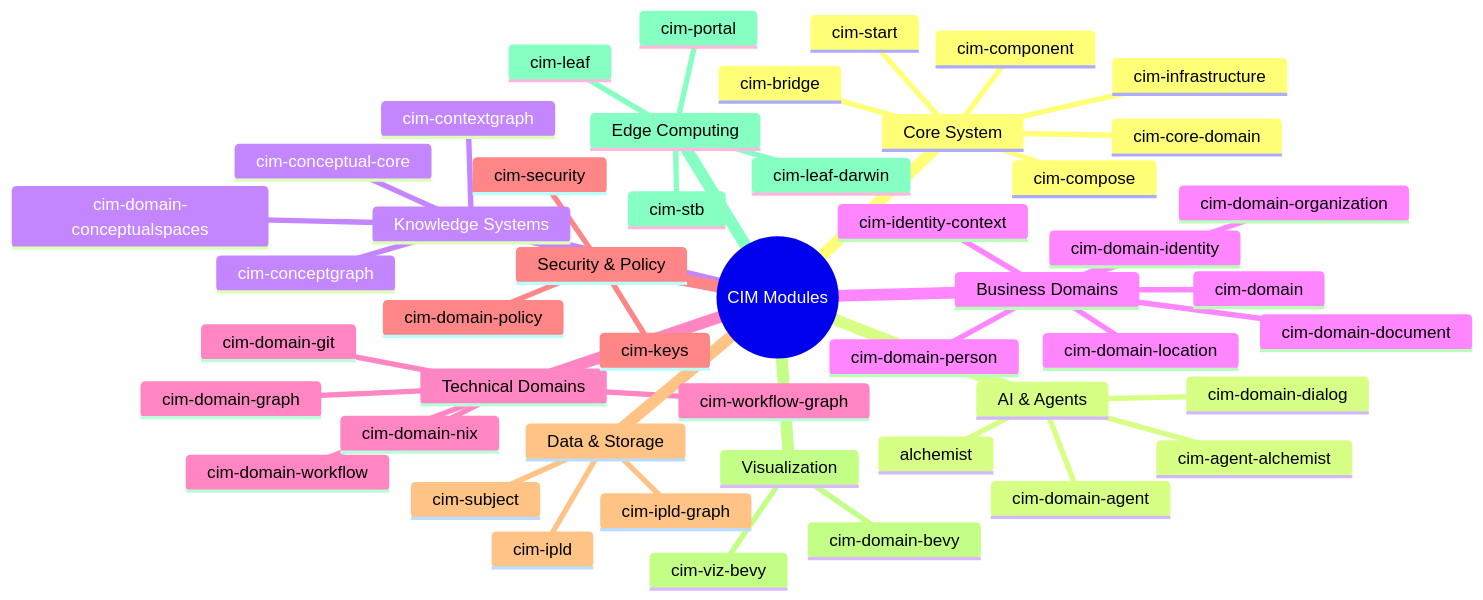
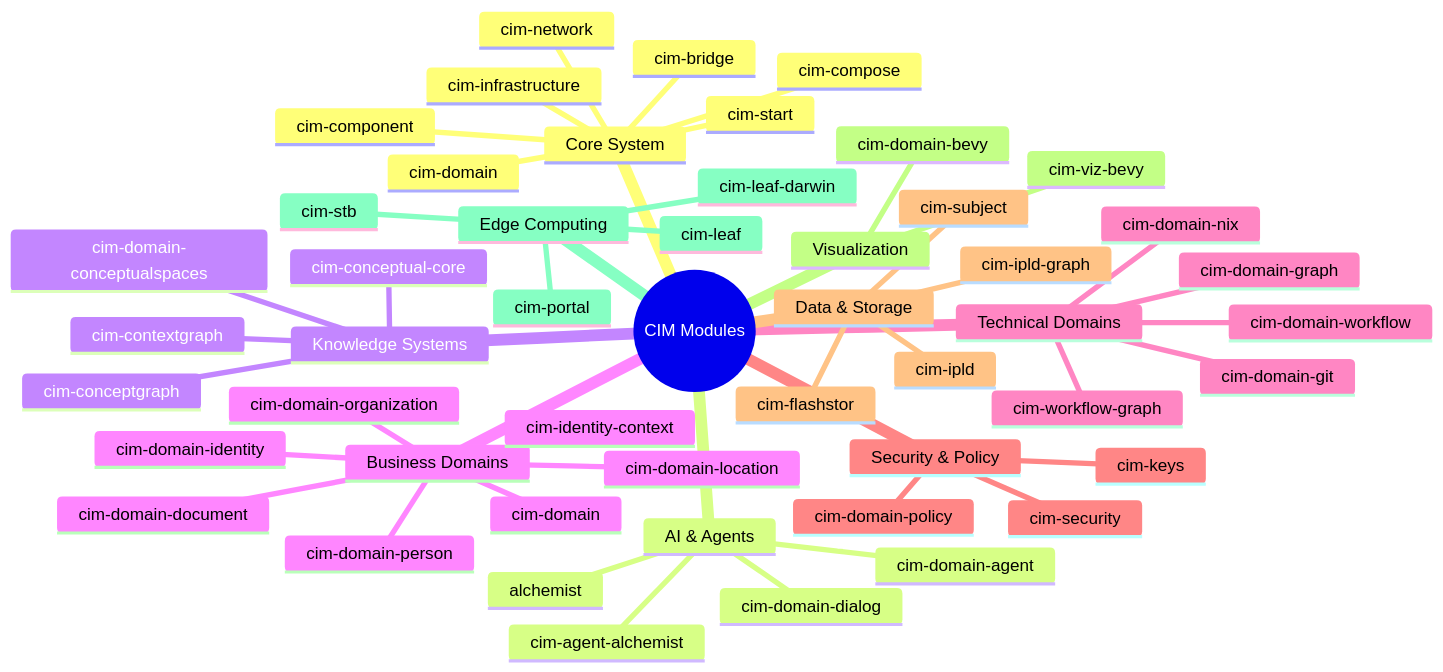
One commit to TheCowboyAI/cim changed the first of 7 diagrams in doc/cim_modules_catalog.md. Above: the diagram before and after it, drawn with Mermaid. The commit also changed other lines of this file and 56 other files, not shown here.

Commit message:
Add cim-network submodule reference

````diff
--- a/doc/cim_modules_catalog.md
+++ b/doc/cim_modules_catalog.md
@@ -6,51 +11,53 @@
 ```mermaid
 mindmap
   root((CIM Modules))
     Core System
-      cim-core-domain
+      cim-domain
       cim-component
       cim-infrastructure
+      cim-network
       cim-bridge
       cim-compose
       cim-start
     AI & Agents
       alchemist
       cim-agent-alchemist
       cim-domain-agent
       cim-domain-dialog
     Knowledge Systems
       cim-conceptual-core
       cim-domain-conceptualspaces
       cim-conceptgraph
       cim-contextgraph
     Business Domains
       cim-domain
       cim-domain-identity
       cim-domain-organization
       cim-domain-person
       cim-identity-context
       cim-domain-location
       cim-domain-document
     Technical Domains
       cim-domain-git
       cim-domain-nix
       cim-domain-workflow
       cim-workflow-graph
       cim-domain-graph
     Security & Policy
       cim-security
       cim-domain-policy
       cim-keys
     Data & Storage
       cim-ipld
       cim-ipld-graph
       cim-subject
+      cim-flashstor
     Visualization
       cim-domain-bevy
       cim-viz-bevy
     Edge Computing
       cim-leaf
       cim-leaf-darwin
       cim-portal
       cim-stb
 ```
````
